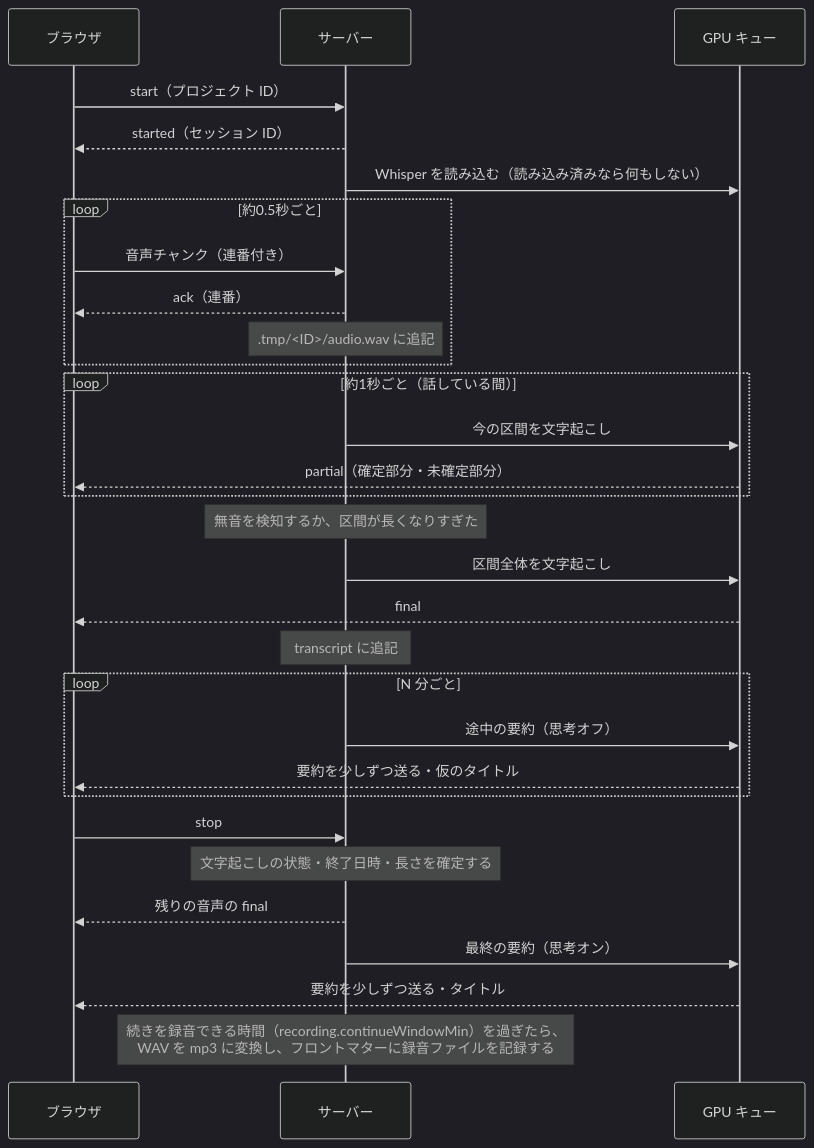
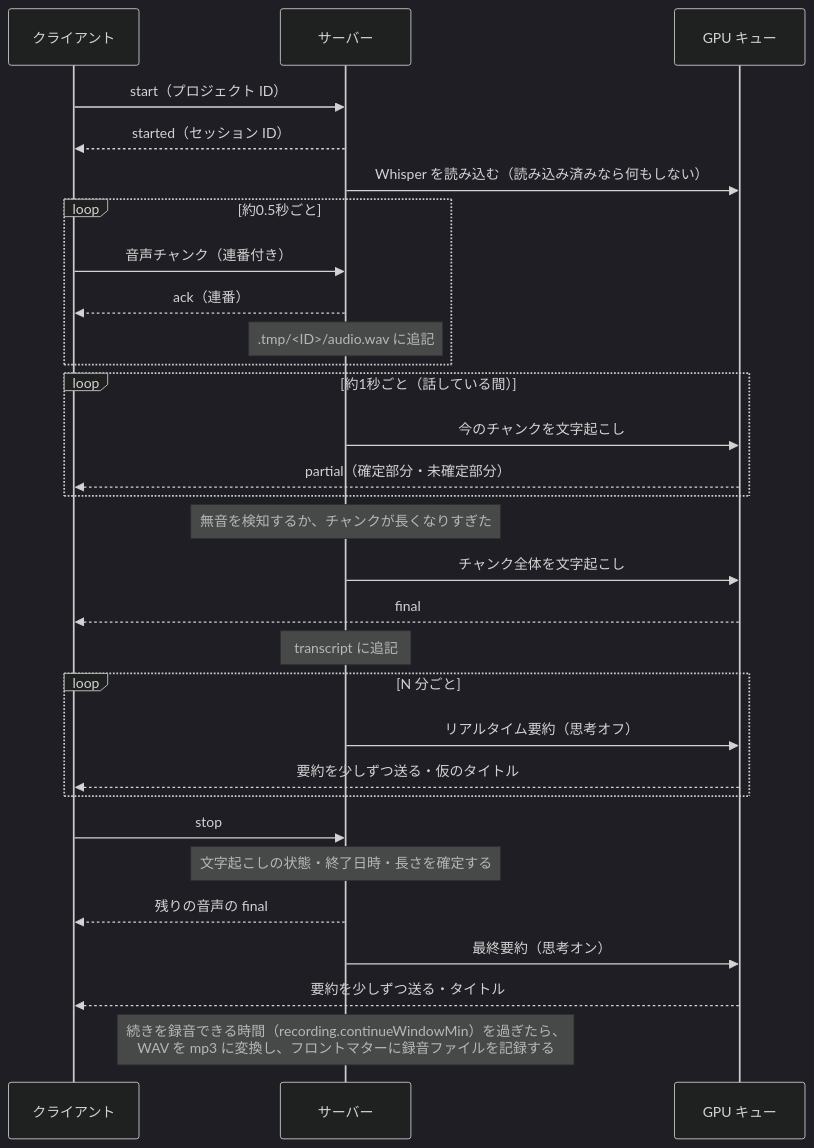
One commit to Studio-Takumi/remote-whisper changed the second of 3 diagrams in docs/spec/flows.md. Above: the diagram before and after it, drawn with Mermaid (dark theme). The commit also changed other lines of this file and 6 other files, not shown here.

````diff
--- a/docs/spec/flows.md
+++ b/docs/spec/flows.md
@@ -37,32 +37,32 @@
 ```mermaid
 sequenceDiagram
-    participant B as ブラウザ
+    participant B as クライアント
     participant S as サーバー
     participant Q as GPU キュー
     B->>S: start（プロジェクト ID）
     S-->>B: started（セッション ID）
     S->>Q: Whisper を読み込む（読み込み済みなら何もしない）
     loop 約0.5秒ごと
         B->>S: 音声チャンク（連番付き）
         S-->>B: ack（連番）
         Note over S: .tmp/<ID>/audio.wav に追記
     end
     loop 約1秒ごと（話している間）
-        S->>Q: 今の区間を文字起こし
+        S->>Q: 今のチャンクを文字起こし
         Q-->>B: partial（確定部分・未確定部分）
     end
-    Note over S: 無音を検知するか、区間が長くなりすぎた
-    S->>Q: 区間全体を文字起こし
+    Note over S: 無音を検知するか、チャンクが長くなりすぎた
+    S->>Q: チャンク全体を文字起こし
     Q-->>B: final
     Note over S: transcript に追記
     loop N 分ごと
-        S->>Q: 途中の要約（思考オフ）
+        S->>Q: リアルタイム要約（思考オフ）
         Q-->>B: 要約を少しずつ送る・仮のタイトル
     end
     B->>S: stop
     Note over S: 文字起こしの状態・終了日時・長さを確定する
     S-->>B: 残りの音声の final
-    S->>Q: 最終の要約（思考オン）
+    S->>Q: 最終要約（思考オン）
     Q-->>B: 要約を少しずつ送る・タイトル
     Note over S: 続きを録音できる時間（recording.continueWindowMin）を過ぎたら、<br/>WAV を mp3 に変換し、フロントマターに録音ファイルを記録する
 ```
````
